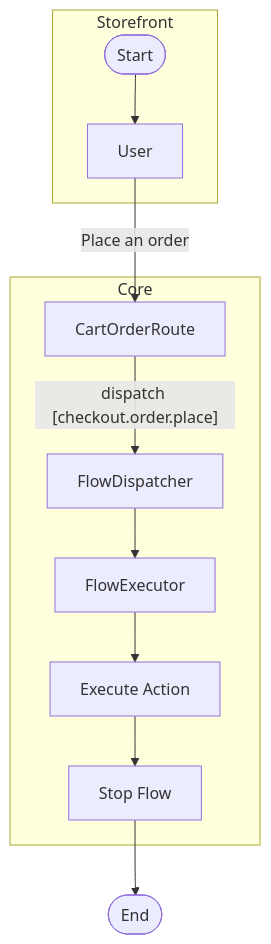
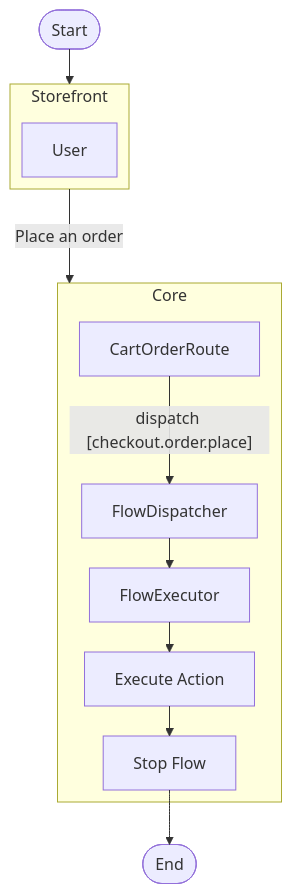
Before and after one commit to shopware/docs: the second of 2 diagrams in concepts/framework/flow-concept.md, drawn with Mermaid. The commit also changed other lines of this file and 11 other files, not shown here.

````diff
--- a/concepts/framework/flow-concept.md
+++ b/concepts/framework/flow-concept.md
@@ -61,14 +61,16 @@
 ```mermaid
-flowchart TD
+flowchart-elk TD
+    A([Start])
 subgraph Storefront
-    A([Start])-->B[User]
+    B[User]
 end
+A-->Storefront
+Storefront --Place an order--> Core
 subgraph Core
-    B--Place an order-->C[CartOrderRoute]
-    C--dispatch [checkout.order.place]-->D[FlowDispatcher]
+    C[CartOrderRoute]--dispatch [checkout.order.place]-->D[FlowDispatcher]
     D-->E[FlowExecutor]
     E-->F[Execute Action]
     F-->G[Stop Flow]
 end
     G-->H([End])
 ```
````
